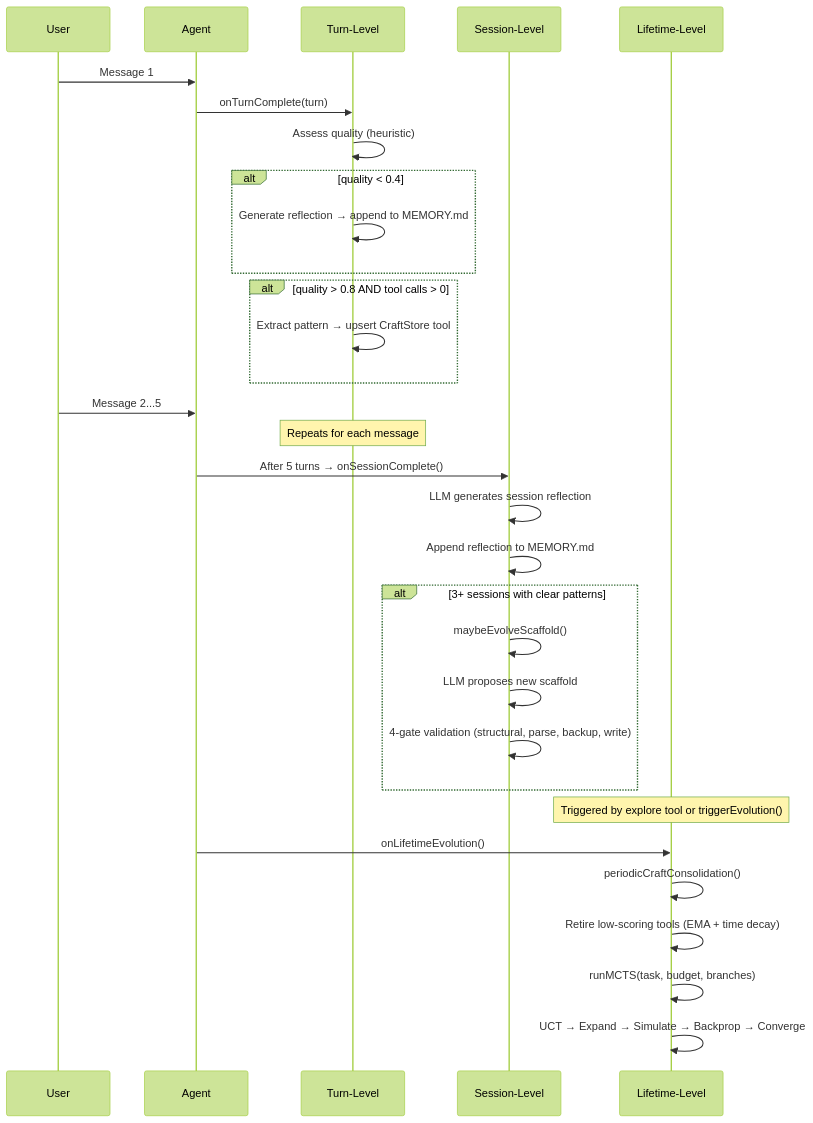
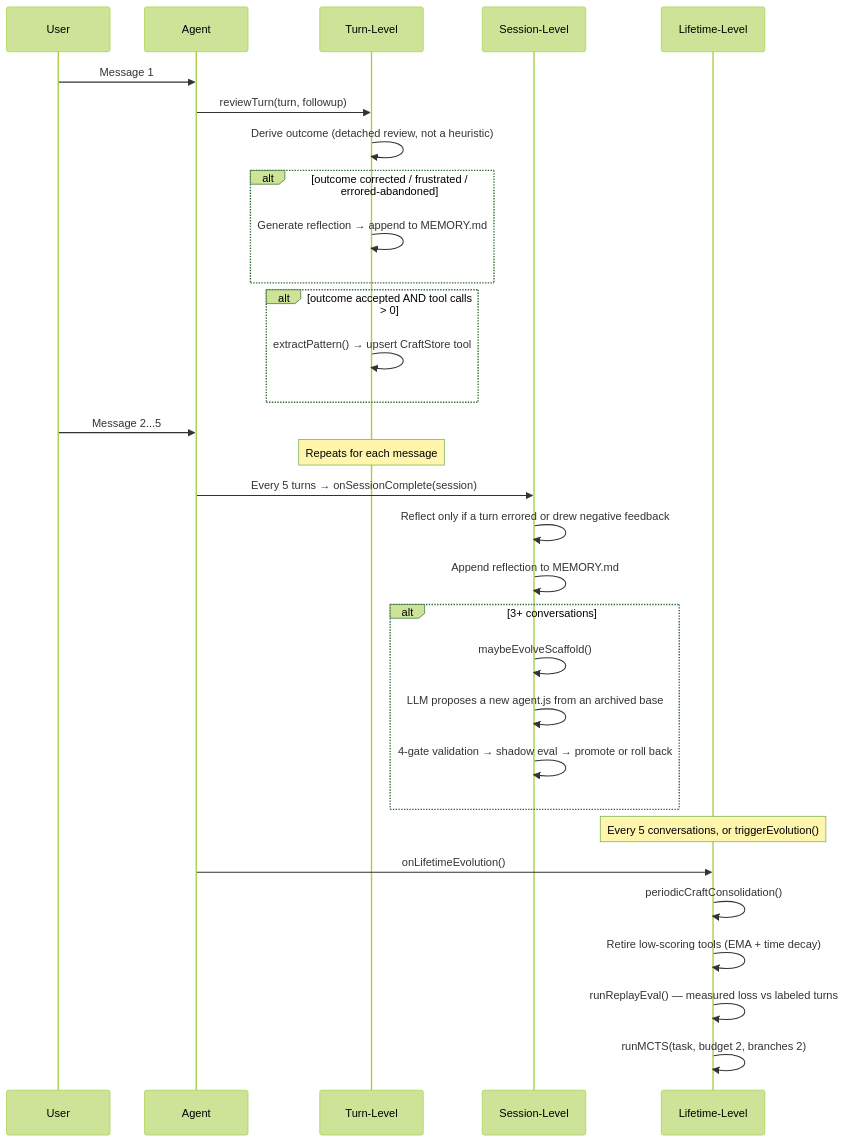
The first of 2 diagrams in docs/EVOLUTION.md (AshishKumar4/Proteus), drawn with Mermaid (forest theme) before and after one commit. The commit also changed other lines of this file and 16 other files, not shown here.

````diff
--- a/docs/EVOLUTION.md
+++ b/docs/EVOLUTION.md
@@ -7,37 +9,37 @@
 ```mermaid
 sequenceDiagram
     participant User
     participant Agent
     participant Turn as Turn-Level
     participant Session as Session-Level
     participant Lifetime as Lifetime-Level
 
     User->>Agent: Message 1
-    Agent->>Turn: onTurnComplete(turn)
-    Turn->>Turn: Assess quality (heuristic)
-    alt quality < 0.4
+    Agent->>Turn: reviewTurn(turn, followup)
+    Turn->>Turn: Derive outcome (detached review, not a heuristic)
+    alt outcome corrected / frustrated / errored-abandoned
         Turn->>Turn: Generate reflection → append to MEMORY.md
     end
-    alt quality > 0.8 AND tool calls > 0
-        Turn->>Turn: Extract pattern → upsert CraftStore tool
+    alt outcome accepted AND tool calls > 0
+        Turn->>Turn: extractPattern() → upsert CraftStore tool
     end
 
     User->>Agent: Message 2...5
     Note over Turn: Repeats for each message
 
-    Agent->>Session: After 5 turns → onSessionComplete()
-    Session->>Session: LLM generates session reflection
+    Agent->>Session: Every 5 turns → onSessionComplete(session)
+    Session->>Session: Reflect only if a turn errored or drew negative feedback
     Session->>Session: Append reflection to MEMORY.md
-    alt 3+ sessions with clear patterns
+    alt 3+ conversations
         Session->>Session: maybeEvolveScaffold()
-        Session->>Session: LLM proposes new scaffold
-        Session->>Session: 4-gate validation (structural, parse, backup, write)
+        Session->>Session: LLM proposes a new agent.js from an archived base
+        Session->>Session: 4-gate validation → shadow eval → promote or roll back
     end
 
-    Note over Lifetime: Triggered by explore tool or triggerEvolution()
+    Note over Lifetime: Every 5 conversations, or triggerEvolution()
     Agent->>Lifetime: onLifetimeEvolution()
     Lifetime->>Lifetime: periodicCraftConsolidation()
     Lifetime->>Lifetime: Retire low-scoring tools (EMA + time decay)
-    Lifetime->>Lifetime: runMCTS(task, budget, branches)
-    Lifetime->>Lifetime: UCT → Expand → Simulate → Backprop → Converge
+    Lifetime->>Lifetime: runReplayEval() — measured loss vs labeled turns
+    Lifetime->>Lifetime: runMCTS(task, budget 2, branches 2)
 ```
````
